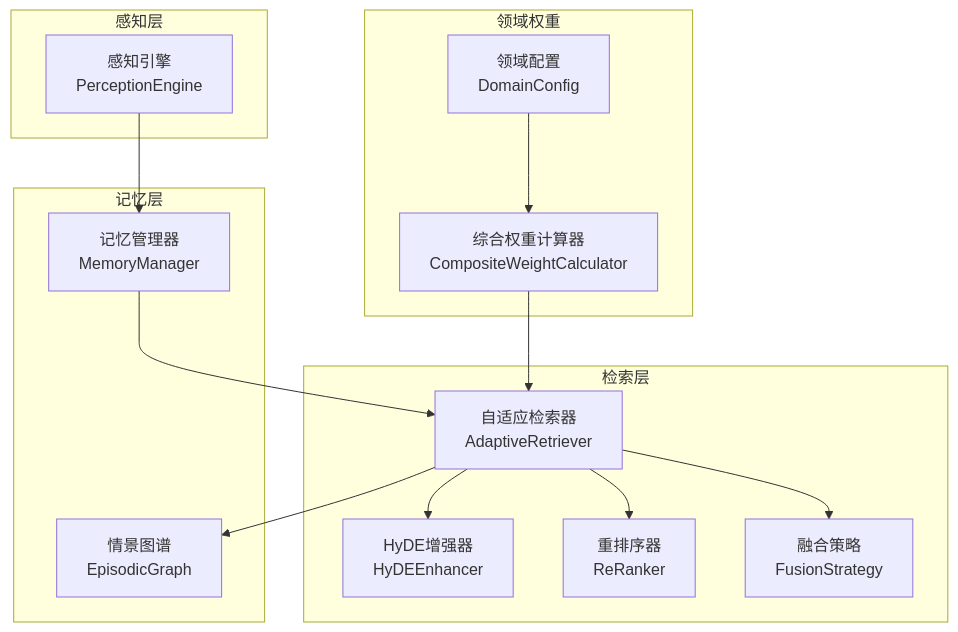
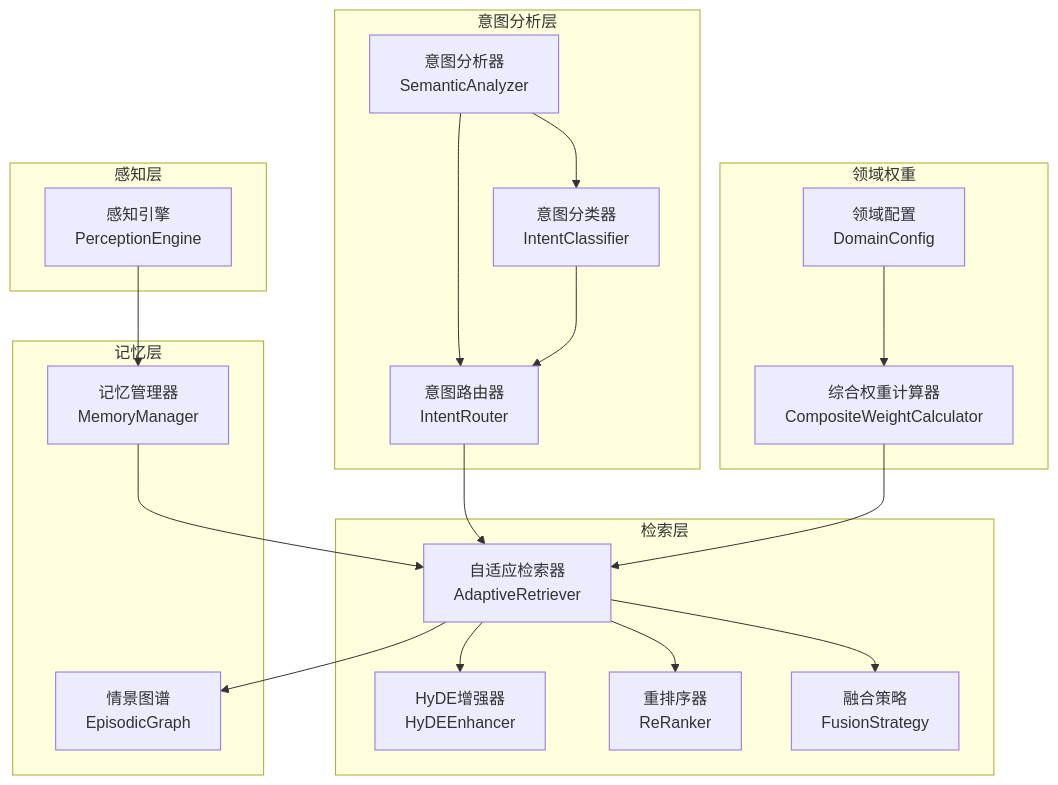
The first of 12 diagrams in .qoder/repowiki/zh/content/智能检索系统/智能检索系统.md (JieGaoPrinceton/NecoRAG), drawn with Mermaid before and after one commit. The commit also changed other lines of this file and 15 other files, not shown here.

````diff
--- a/.qoder/repowiki/zh/content/智能检索系统/智能检索系统.md
+++ b/.qoder/repowiki/zh/content/智能检索系统/智能检索系统.md
@@ -41,28 +55,37 @@
 ```mermaid
 graph TB
 subgraph "感知层"
 PE["感知引擎<br/>PerceptionEngine"]
 end
 subgraph "记忆层"
 MM["记忆管理器<br/>MemoryManager"]
 EG["情景图谱<br/>EpisodicGraph"]
+end
+subgraph "意图分析层"
+IA["意图分析器<br/>SemanticAnalyzer"]
+IC["意图分类器<br/>IntentClassifier"]
+IR["意图路由器<br/>IntentRouter"]
 end
 subgraph "检索层"
 AR["自适应检索器<br/>AdaptiveRetriever"]
 HYDE["HyDE增强器<br/>HyDEEnhancer"]
 RR["重排序器<br/>ReRanker"]
 FS["融合策略<br/>FusionStrategy"]
 end
 subgraph "领域权重"
 DC["领域配置<br/>DomainConfig"]
 WCC["综合权重计算器<br/>CompositeWeightCalculator"]
 end
 PE --> MM
 MM --> AR
 AR --> HYDE
 AR --> RR
 AR --> FS
 AR --> EG
+IA --> IC
+IA --> IR
+IC --> IR
+IR --> AR
 DC --> WCC
 WCC --> AR
 ```
````
